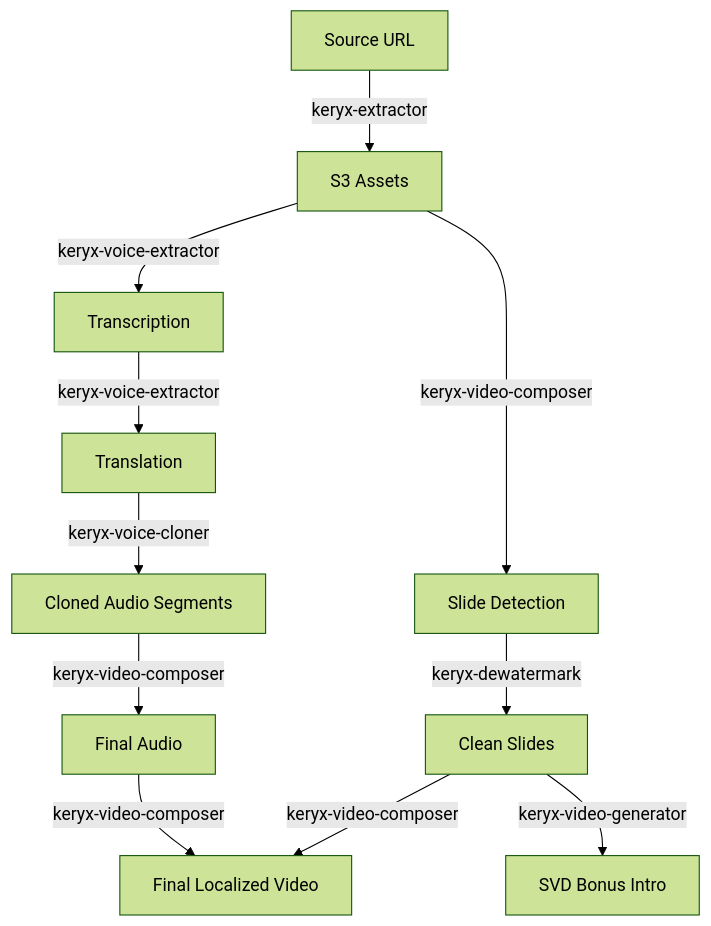
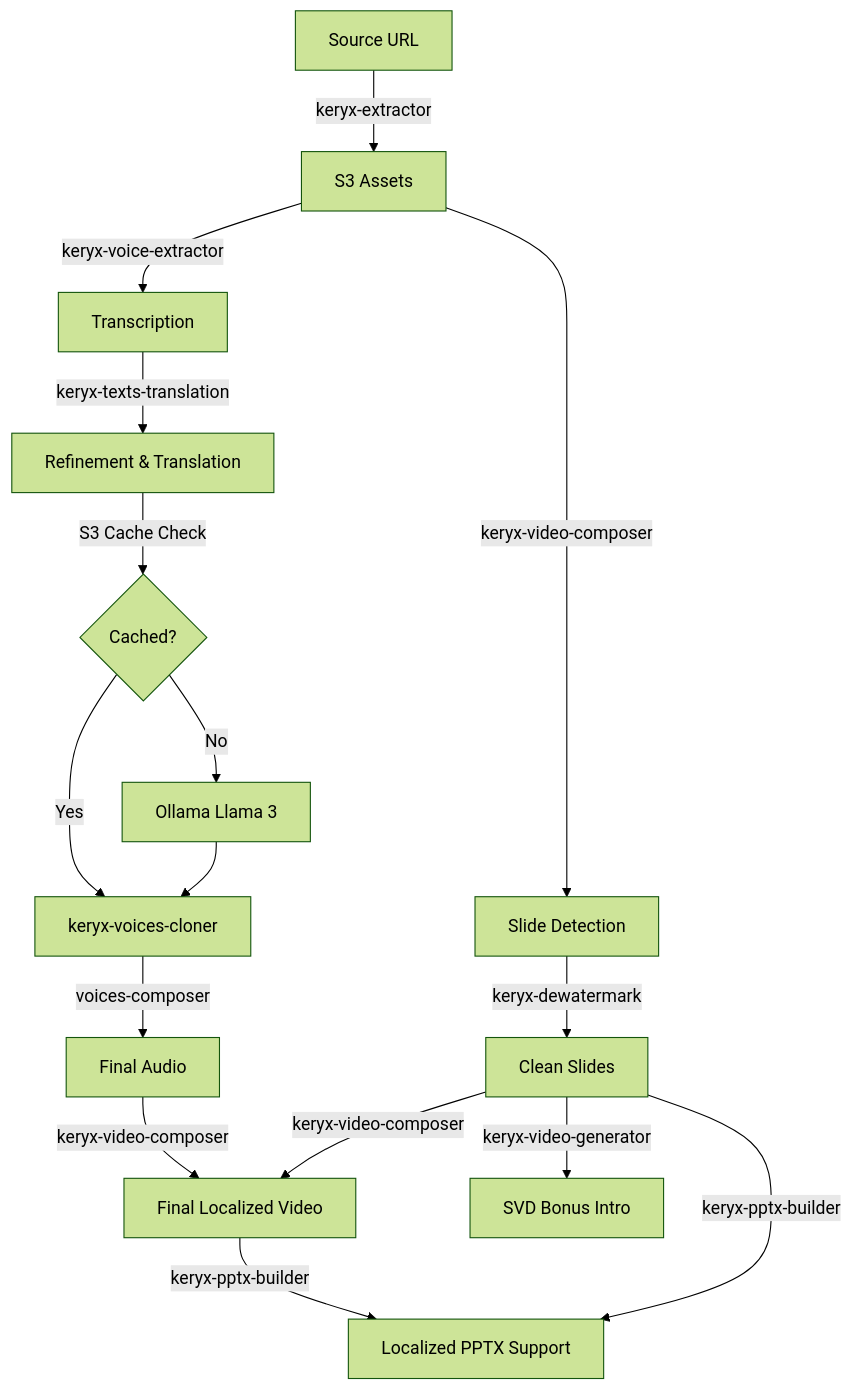
One commit to JZacharie/Keryx changed the diagram in README.md. Above: the diagram before and after it, drawn with Mermaid (forest theme). The commit also changed other lines of this file and 32 other files, not shown here.

````diff
--- a/README.md
+++ b/README.md
@@ -85,12 +103,16 @@
 ```mermaid
 graph TD
     A[Source URL] -->|keryx-extractor| B[S3 Assets]
     B -->|keryx-voice-extractor| C[Transcription]
     B -->|keryx-video-composer| D[Slide Detection]
     D -->|keryx-dewatermark| E[Clean Slides]
-    C -->|keryx-voice-extractor| F[Translation]
-    F -->|keryx-voice-cloner| G[Cloned Audio Segments]
-    G -->|keryx-video-composer| H[Final Audio]
+    C -->|keryx-texts-translation| F[Refinement & Translation]
+    F -->|S3 Cache Check| F2{Cached?}
+    F2 -->|No| F3[Ollama Llama 3]
+    F2 -->|Yes| G
+    F3 --> G[keryx-voices-cloner]
+    G -->|voices-composer| H[Final Audio]
     H & E -->|keryx-video-composer| I[Final Localized Video]
     E -->|keryx-video-generator| J[SVD Bonus Intro]
+    I & E -->|keryx-pptx-builder| K[Localized PPTX Support]
 ```
````
